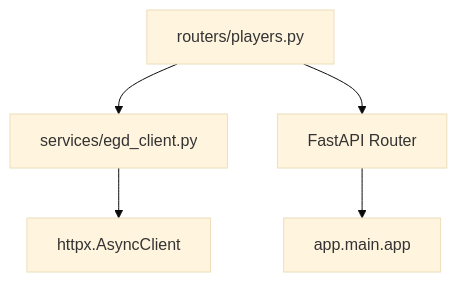
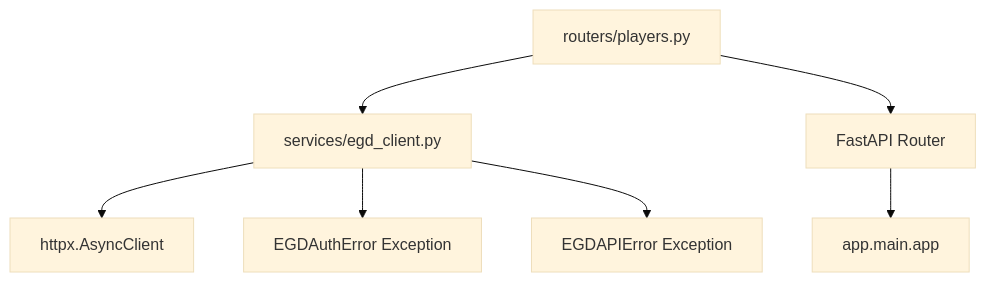
The sixth of 6 diagrams in .qoder/repowiki/en/content/Architecture Overview/Backend Architecture/Routing Layer Architecture/Players Router.md (Ragnar1999/GoNow), drawn with Mermaid (base theme) before and after one commit. The commit also changed other lines of this file and 13 other files, not shown here.

````diff
--- a/.qoder/repowiki/en/content/Architecture Overview/Backend Architecture/Routing Layer Architecture/Players Router.md
+++ b/.qoder/repowiki/en/content/Architecture Overview/Backend Architecture/Routing Layer Architecture/Players Router.md
@@ -391,7 +446,9 @@
 ```mermaid
 graph TB
 PlayersRouter["routers/players.py"] --> EGDClient["services/egd_client.py"]
 EGDClient --> HTTPX["httpx.AsyncClient"]
 PlayersRouter --> FastAPI["FastAPI Router"]
 FastAPI --> MainApp["app.main.app"]
+EGDClient --> EGDAuthError["EGDAuthError Exception"]
+EGDClient --> EGDAPIError["EGDAPIError Exception"]
 ```
````
